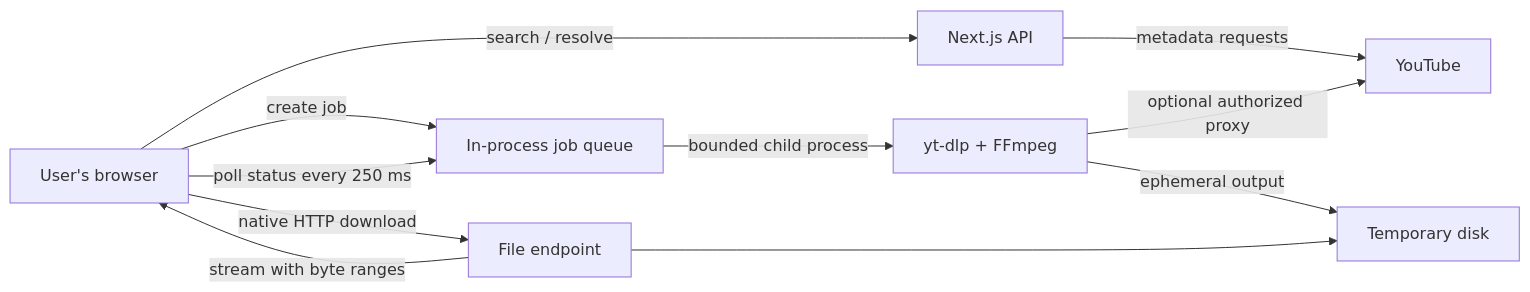
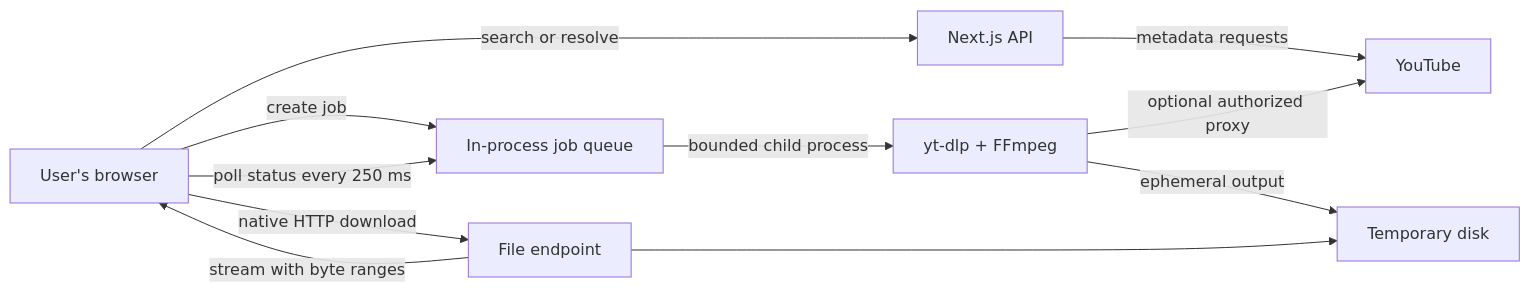
Before and after one commit to mateoltd/phantom-media: the diagram in apps/downloader/README.md, drawn with Mermaid. The commit also changed 171 other files, not shown here.

````diff
--- a/apps/downloader/README.md
+++ b/apps/downloader/README.md
@@ -27,13 +27,13 @@
 ```mermaid
 flowchart LR
-    U["User's browser"] -->|"search / resolve"| A["Next.js API"]
+    U["User's browser"] -->|"search or resolve"| A["Next.js API"]
     A -->|"metadata requests"| Y["YouTube"]
     U -->|"create job"| Q["In-process job queue"]
     Q -->|"bounded child process"| D["yt-dlp + FFmpeg"]
     D -->|"optional authorized proxy"| Y
     D -->|"ephemeral output"| T["Temporary disk"]
     U -->|"poll status every 250 ms"| Q
     U -->|"native HTTP download"| F["File endpoint"]
     F --> T
     F -->|"stream with byte ranges"| U
 ```
````
